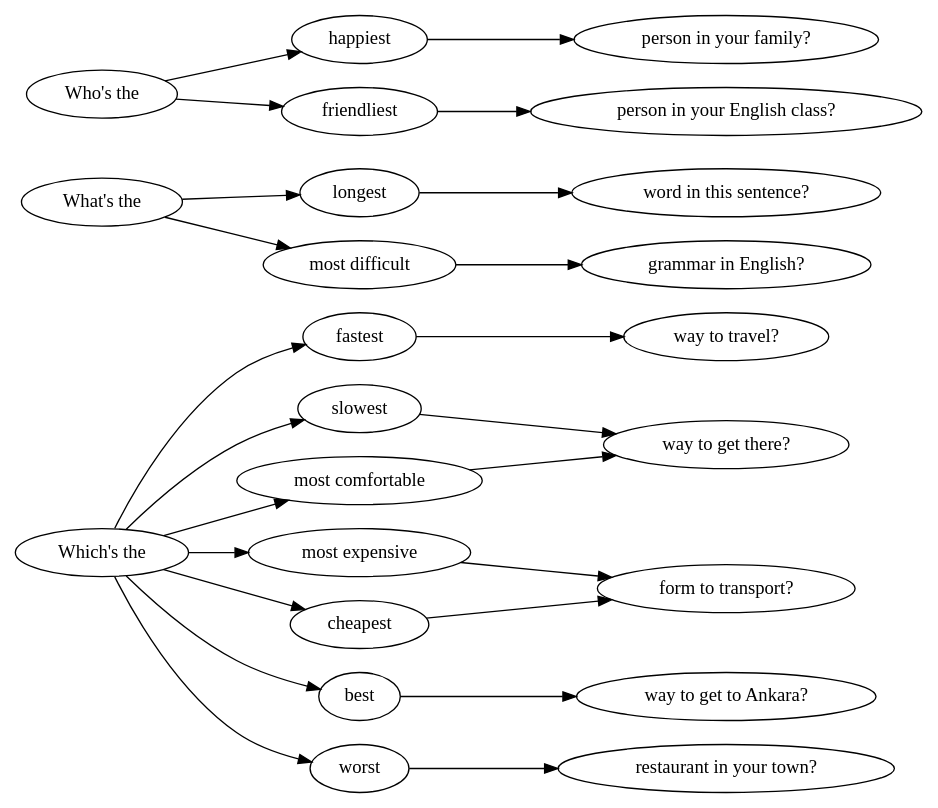
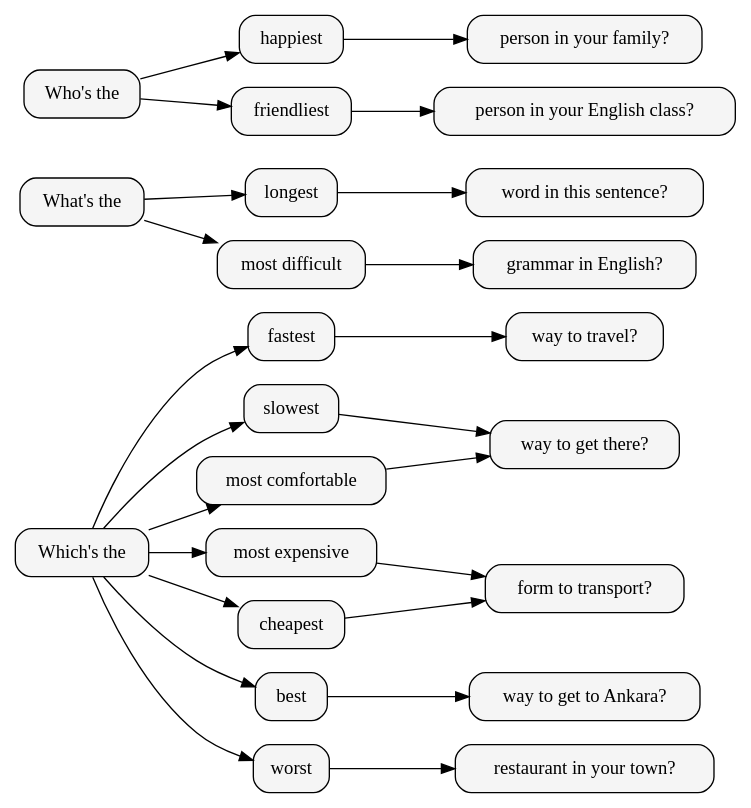
The third of 5 diagrams in 2nd/index.org (1nv1/CulturalInglesa), drawn with Graphviz before and after one commit. The commit also changed other lines of this file and 8 other files, not shown here.

```diff
--- a/2nd/index.org
+++ b/2nd/index.org
@@ -160,14 +158,14 @@
 #+BEGIN_SRC dot :file superlative_examples.svg :cmdline -Kdot -Tsvg
-  digraph { rankdir = LR; overlap = false;
+  digraph { rankdir = LR; node [ style = "rounded, filled", fillcolor = "gray96", shape = box];
     "Which's the" -> "fastest" -> "way to travel?";
     "Which's the" -> "slowest" -> "way to get there?";
     "Which's the" -> { "most expensive", "cheapest" } -> "form to transport?";
     "Which's the" -> { "most comfortable" } -> "way to get there?";
     "Which's the" -> "best" -> "way to get to Ankara?";
     "Which's the" -> "worst" -> "restaurant in your town?";
     "What's the" -> "longest" -> "word in this sentence?";
     "What's the" -> "most difficult" -> "grammar in English?";
     "Who's the" -> "happiest" -> "person in your family?";
     "Who's the" -> "friendliest" -> "person in your English class?";
   }
 #+END_SRC
```
